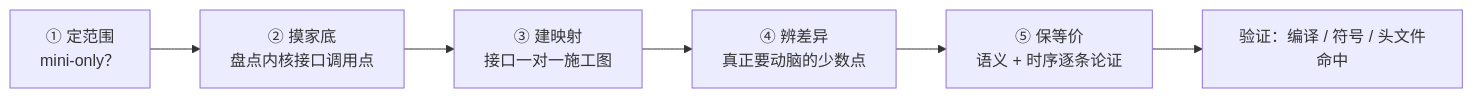
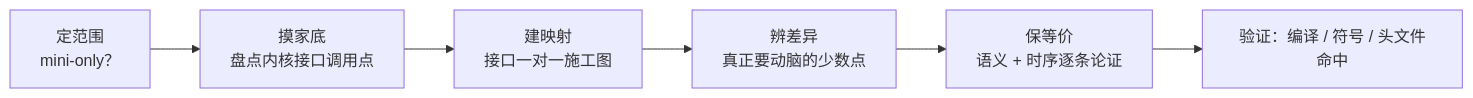
The third of 5 diagrams in RP2-CMSIS/CMSIS&POSIX接口适配总结——blackbox_lite组件.md (houcq4869/resource), drawn with Mermaid before and after one commit.

Commit message:
vault backup: 2026-10-14 17:25:39
Affected files:
RP2-CMSIS/CMSIS&POSIX接口适配总结——blackbox_lite组件.md

````diff
--- a/RP2-CMSIS/CMSIS&POSIX接口适配总结——blackbox_lite组件.md
+++ b/RP2-CMSIS/CMSIS&POSIX接口适配总结——blackbox_lite组件.md
@@ -81,8 +81,8 @@
 ```mermaid
 flowchart LR
-    A["① 定范围<br/>mini-only？"] --> B["② 摸家底<br/>盘点内核接口调用点"]
-    B --> C["③ 建映射<br/>接口一对一施工图"]
-    C --> D["④ 辨差异<br/>真正要动脑的少数点"]
-    D --> E["⑤ 保等价<br/>语义 + 时序逐条论证"]
+    A["定范围<br/>mini-only？"] --> B["摸家底<br/>盘点内核接口调用点"]
+    B --> C["建映射<br/>接口一对一施工图"]
+    C --> D["辨差异<br/>真正要动脑的少数点"]
+    D --> E["保等价<br/>语义 + 时序逐条论证"]
     E --> F["验证：编译 / 符号 / 头文件命中"]
 ```
````
